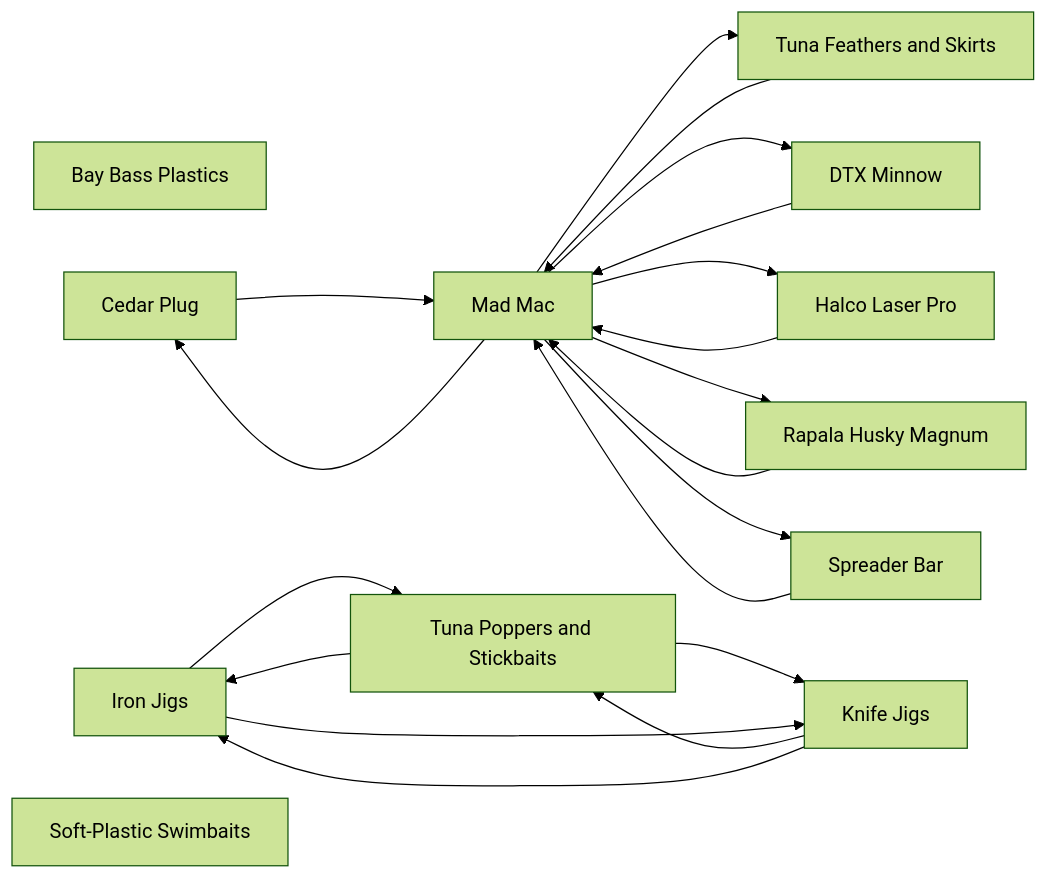
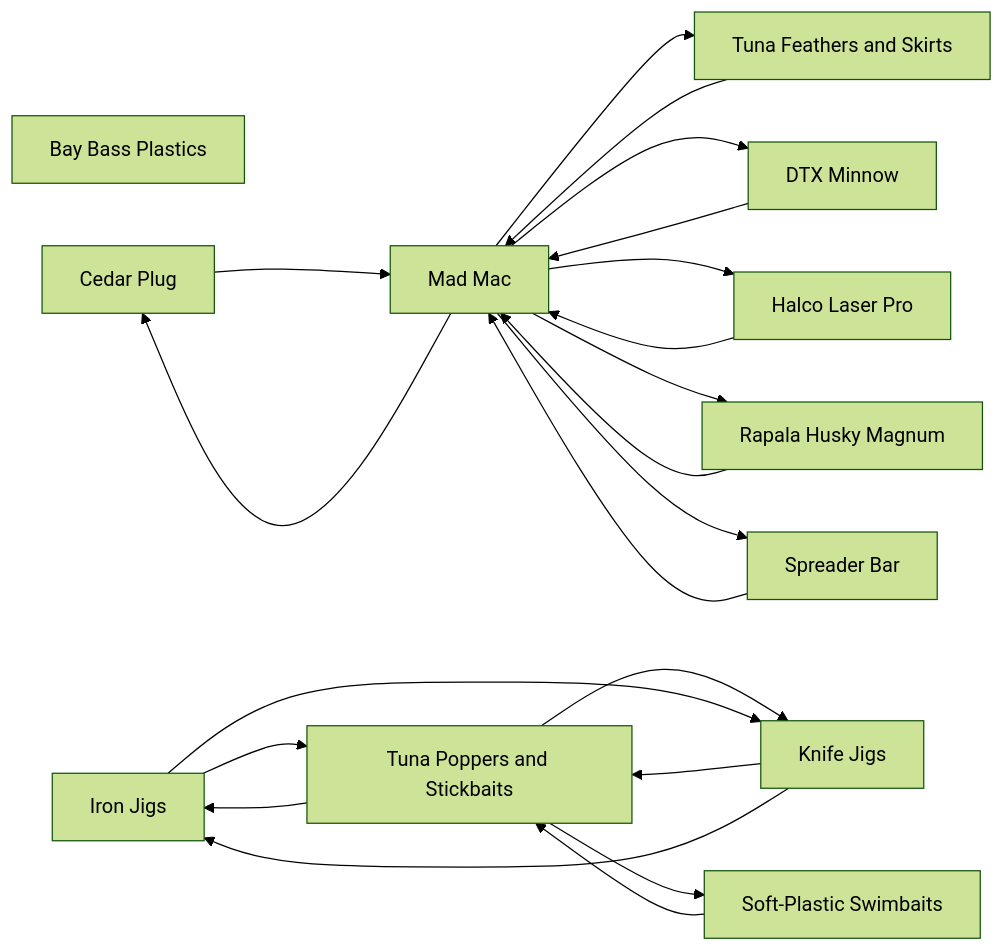
One commit to camchuckpete-max/Socal-Fishing-Knowledge changed the diagram in lures/README.md. Above: the diagram before and after it, drawn with Mermaid (forest theme). The commit also changed 9 other files, not shown here.

````diff
--- a/lures/README.md
+++ b/lures/README.md
@@ -25,33 +25,35 @@
 ```mermaid
 graph LR
   n0["Bay Bass Plastics"]
   n1["Cedar Plug"]
   n2["DTX Minnow"]
   n3["Halco Laser Pro"]
   n4["Iron Jigs"]
   n5["Knife Jigs"]
   n6["Mad Mac"]
   n7["Rapala Husky Magnum"]
   n8["Soft-Plastic Swimbaits"]
   n9["Spreader Bar"]
   n10["Tuna Feathers and Skirts"]
   n11["Tuna Poppers and Stickbaits"]
   n1 --> n6
   n10 --> n6
   n11 --> n4
   n11 --> n5
+  n11 --> n8
   n2 --> n6
   n3 --> n6
   n4 --> n11
   n4 --> n5
   n5 --> n11
   n5 --> n4
   n6 --> n1
   n6 --> n10
   n6 --> n2
   n6 --> n3
   n6 --> n7
   n6 --> n9
   n7 --> n6
+  n8 --> n11
   n9 --> n6
 ```
````
